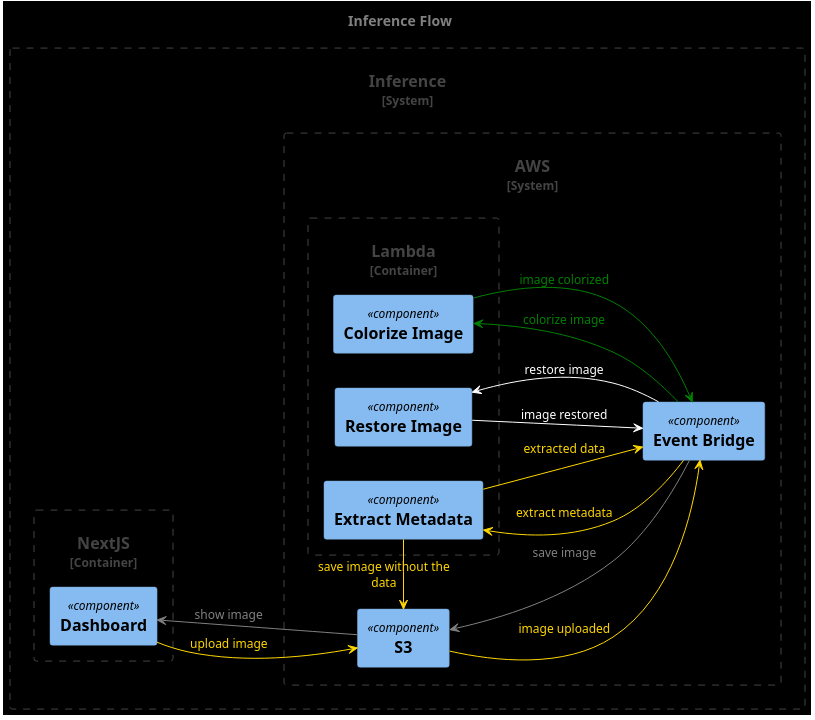
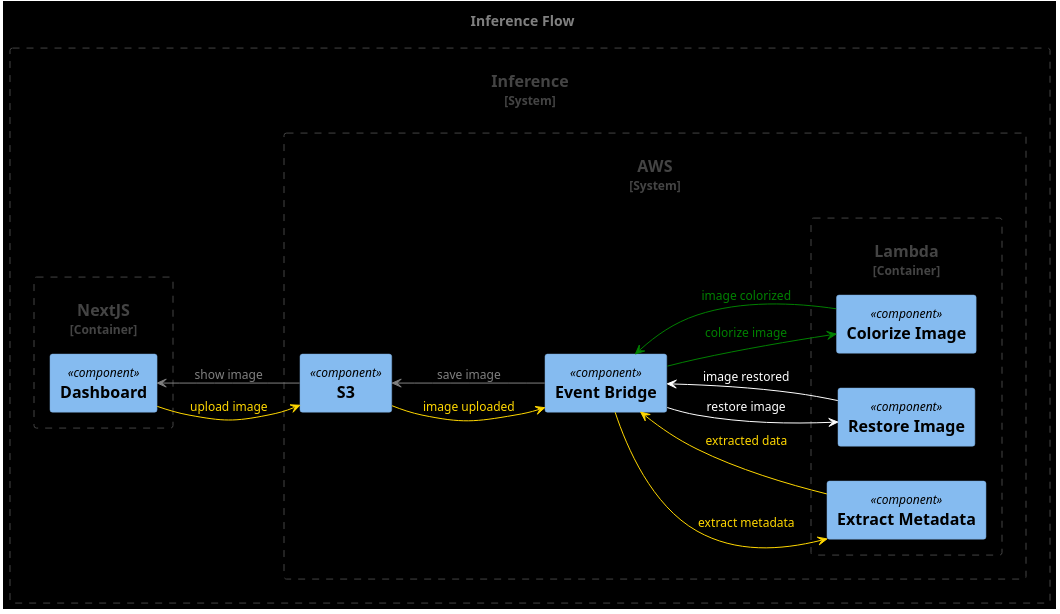
The diagram in planning/inferenceFlow.puml (maxamed1st/restoreai), drawn with PlantUML before and after one commit. The commit also changed 1 other file, not shown here.

Commit message:
/planning don't re save the image once the data is extracted

```diff
--- a/planning/inferenceFlow.puml
+++ b/planning/inferenceFlow.puml
@@ -1,61 +1,60 @@
 @startuml inference-flow
 
 title Inference Flow
 
 
 left to right direction
 
 set separator none
 
 !include <C4/C4>
 !include <C4/C4_Context>
 !include <C4/C4_Component>
 
 skinparam BackgroundColor black
 skinparam DefaultFontColor gold
 skinparam ArrowColor gold
 
 System_Boundary(inferenc, "Inference") {
   Container_Boundary(nextjs, "NextJS") {
     Component(dashboard, "Dashboard")
     }
 
   System_Boundary(aws, "AWS") {
   Component(s3, "S3")
 
   Container_Boundary(functions, "Lambda") {
     Component(extract, "Extract Metadata")
     Component(restore, "Restore Image")
     Component(colorize, "Colorize Image")
   }
 
   Component(evt, "Event Bridge")
   }
 
   'upload image and extract enhancment factor and colorization
   dashboard --> s3: "upload image"
   s3 --> evt: "image uploaded"
   evt --> extract: "extract metadata"
   extract --> evt: "extracted data"
-  extract --> s3: "save image without the data"
 
   'restroe image
   skinparam DefaultFontColor white
   skinparam ArrowColor white
   evt --> restore: "restore image"
   restore --> evt: "image restored"
 
   'colorize image if necessary
   skinparam DefaultFontColor green
   skinparam ArrowColor green
   evt --> colorize: "colorize image"
   colorize --> evt: "image colorized"
 
   'save image
   skinparam DefaultFontColor gray
   skinparam ArrowColor gray
   evt --> s3: "save image"
   s3 --> dashboard: "show image"
 }
 
 @enduml
```
